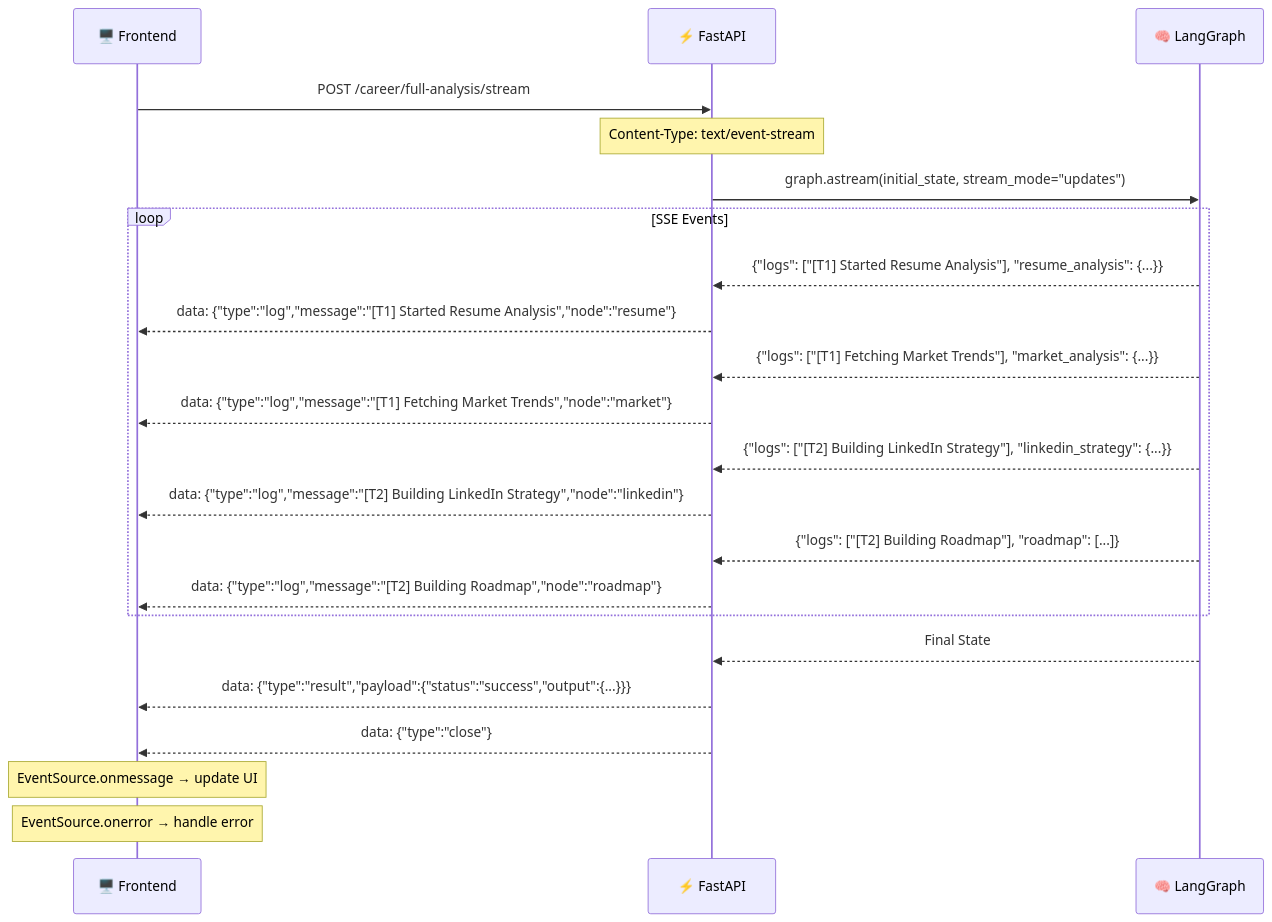
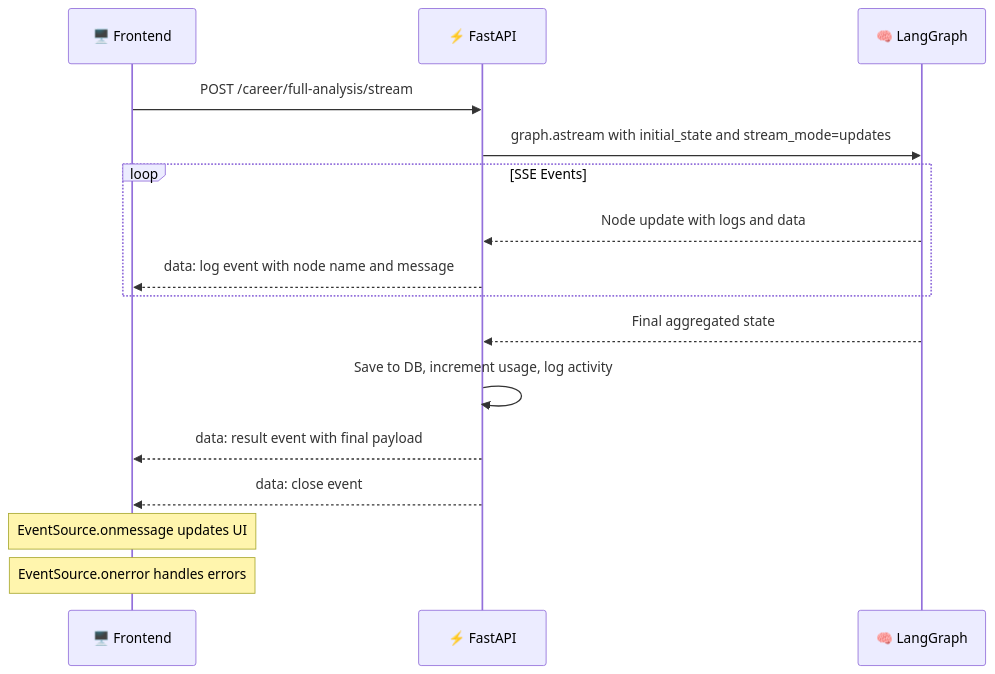
One commit to Anil-Pradhan-web/ai-career-mentor changed diagram 16 of 35 in ARCHITECTURE.md. Above: the diagram before and after it, drawn with Mermaid. The commit also changed other lines of this file, not shown here.

Commit message:
fix: remove all JSON curly braces from Mermaid sequence diagrams, simplify state diagrams, replace classDef with inline styles for GitHub compatibility

````diff
--- a/ARCHITECTURE.md
+++ b/ARCHITECTURE.md
@@ -840,32 +808,23 @@
 ```mermaid
 sequenceDiagram
     participant F as 🖥️ Frontend
     participant A as ⚡ FastAPI
     participant G as 🧠 LangGraph
 
     F->>A: POST /career/full-analysis/stream
-    Note over A: Content-Type: text/event-stream
     
-    A->>G: graph.astream(initial_state, stream_mode="updates")
+    A->>G: graph.astream with initial_state and stream_mode=updates
     
     loop SSE Events
-        G-->>A: {"logs": ["[T1] Started Resume Analysis"], "resume_analysis": {...}}
-        A-->>F: data: {"type":"log","message":"[T1] Started Resume Analysis","node":"resume"}
-        
-        G-->>A: {"logs": ["[T1] Fetching Market Trends"], "market_analysis": {...}}
-        A-->>F: data: {"type":"log","message":"[T1] Fetching Market Trends","node":"market"}
-        
-        G-->>A: {"logs": ["[T2] Building LinkedIn Strategy"], "linkedin_strategy": {...}}
-        A-->>F: data: {"type":"log","message":"[T2] Building LinkedIn Strategy","node":"linkedin"}
-        
-        G-->>A: {"logs": ["[T2] Building Roadmap"], "roadmap": [...]}
-        A-->>F: data: {"type":"log","message":"[T2] Building Roadmap","node":"roadmap"}
+        G-->>A: Node update with logs and data
+        A-->>F: data: log event with node name and message
     end
     
-    G-->>A: Final State
-    A-->>F: data: {"type":"result","payload":{"status":"success","output":{...}}}
-    A-->>F: data: {"type":"close"}
+    G-->>A: Final aggregated state
+    A->>A: Save to DB, increment usage, log activity
+    A-->>F: data: result event with final payload
+    A-->>F: data: close event
     
-    Note over F: EventSource.onmessage → update UI
-    Note over F: EventSource.onerror → handle error
+    Note over F: EventSource.onmessage updates UI
+    Note over F: EventSource.onerror handles errors
 ```
````
